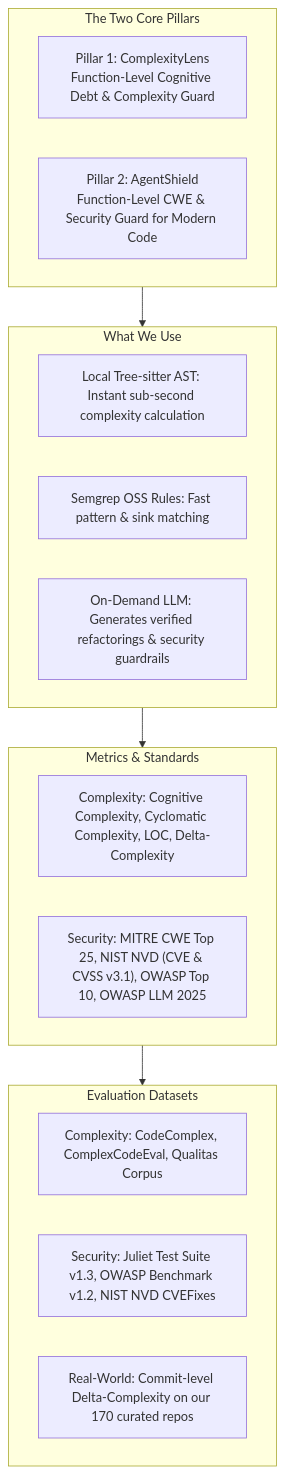
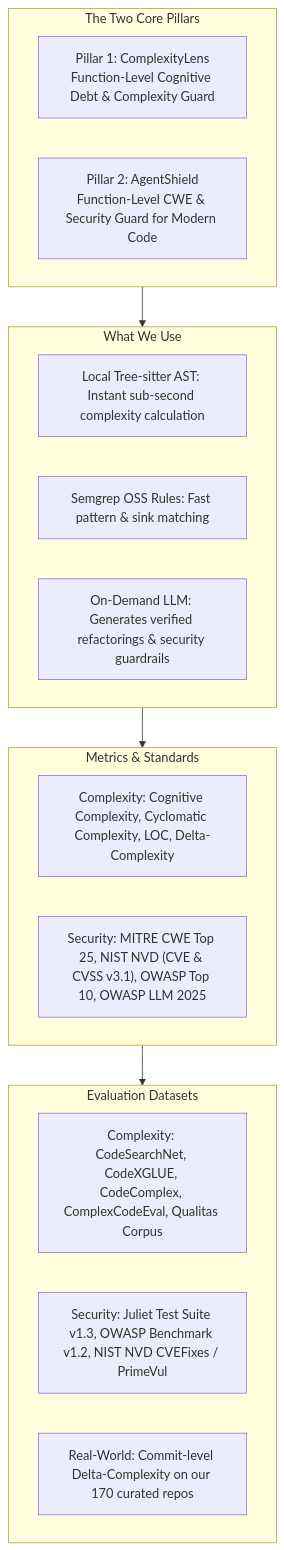
Before and after one commit to Fool-Penguin/Senior-Project: the fourth of 4 diagrams in 01_project_proposals/02_Competitor_Analysis_And_Datasets_Report.md, drawn with Mermaid. The commit also changed other lines of this file, not shown here.

Commit message:
docs: add CodeSearchNet and CodeXGLUE to benchmark datasets and calibration tables

````diff
--- a/01_project_proposals/02_Competitor_Analysis_And_Datasets_Report.md
+++ b/01_project_proposals/02_Competitor_Analysis_And_Datasets_Report.md
@@ -204,26 +206,26 @@
 ```mermaid
 flowchart TD
     subgraph CorePillars ["The Two Core Pillars"]
         P1["Pillar 1: ComplexityLens<br/>Function-Level Cognitive Debt & Complexity Guard"]
         P2["Pillar 2: AgentShield<br/>Function-Level CWE & Security Guard for Modern Code"]
     end
 
     subgraph TheTech ["What We Use"]
         T1["Local Tree-sitter AST: Instant sub-second complexity calculation"]
         T2["Semgrep OSS Rules: Fast pattern & sink matching"]
         T3["On-Demand LLM: Generates verified refactorings & security guardrails"]
     end
 
     subgraph TheMetrics ["Metrics & Standards"]
         M1["Complexity: Cognitive Complexity, Cyclomatic Complexity, LOC, Delta-Complexity"]
         M2["Security: MITRE CWE Top 25, NIST NVD (CVE & CVSS v3.1), OWASP Top 10, OWASP LLM 2025"]
     end
 
     subgraph TheEvaluation ["Evaluation Datasets"]
-        E1["Complexity: CodeComplex, ComplexCodeEval, Qualitas Corpus"]
-        E2["Security: Juliet Test Suite v1.3, OWASP Benchmark v1.2, NIST NVD CVEFixes"]
+        E1["Complexity: CodeSearchNet, CodeXGLUE, CodeComplex, ComplexCodeEval, Qualitas Corpus"]
+        E2["Security: Juliet Test Suite v1.3, OWASP Benchmark v1.2, NIST NVD CVEFixes / PrimeVul"]
         E3["Real-World: Commit-level Delta-Complexity on our 170 curated repos"]
     end
 
     CorePillars --> TheTech --> TheMetrics --> TheEvaluation
 ```
````
